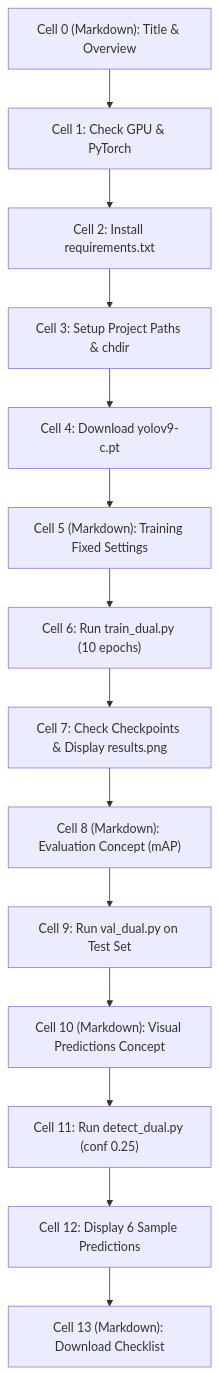
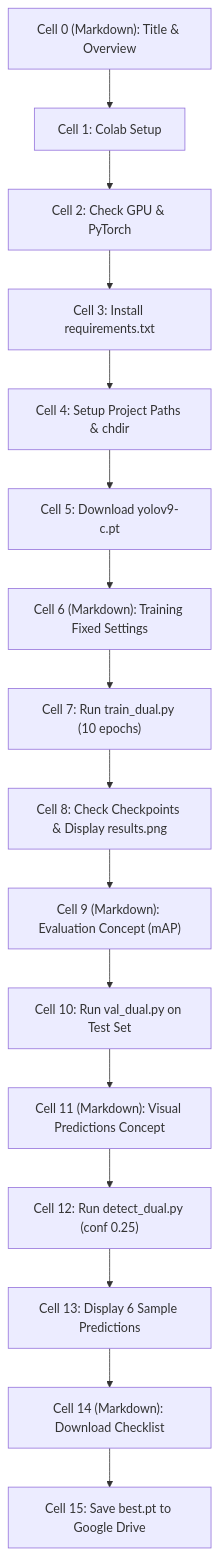
The diagram in docs/02_train_and_evaluate_cells.md (adamaarbouba/RoadWatcher), drawn with Mermaid before and after one commit. The commit also changed other lines of this file and 14 other files, not shown here.

Commit message:
Update project for Colab and Streamlit deployment - Adapt 01 and 02 notebooks for Google Colab - Fix NumPy 2.0 trapz and Pillow 10 getsize compatibility in YOLOv9 - Add export.py with official YOLOv9 export formats - Add Streamlit web application and 03 deployment notebook

````diff
--- a/docs/02_train_and_evaluate_cells.md
+++ b/docs/02_train_and_evaluate_cells.md
@@ -23,16 +24,18 @@
 ```mermaid
 flowchart TD
-    C0["Cell 0 (Markdown): Title & Overview"] --> C1["Cell 1: Check GPU & PyTorch"]
-    C1 --> C2["Cell 2: Install requirements.txt"]
-    C2 --> C3["Cell 3: Setup Project Paths & chdir"]
-    C3 --> C4["Cell 4: Download yolov9-c.pt"]
-    C4 --> C5["Cell 5 (Markdown): Training Fixed Settings"]
-    C5 --> C6["Cell 6: Run train_dual.py (10 epochs)"]
-    C6 --> C7["Cell 7: Check Checkpoints & Display results.png"]
-    C7 --> C8["Cell 8 (Markdown): Evaluation Concept (mAP)"]
-    C8 --> C9["Cell 9: Run val_dual.py on Test Set"]
-    C9 --> C10["Cell 10 (Markdown): Visual Predictions Concept"]
-    C10 --> C11["Cell 11: Run detect_dual.py (conf 0.25)"]
-    C11 --> C12["Cell 12: Display 6 Sample Predictions"]
-    C12 --> C13["Cell 13 (Markdown): Download Checklist"]
+    C0["Cell 0 (Markdown): Title & Overview"] --> C1["Cell 1: Colab Setup"]
+    C1 --> C2["Cell 2: Check GPU & PyTorch"]
+    C2 --> C3["Cell 3: Install requirements.txt"]
+    C3 --> C4["Cell 4: Setup Project Paths & chdir"]
+    C4 --> C5["Cell 5: Download yolov9-c.pt"]
+    C5 --> C6["Cell 6 (Markdown): Training Fixed Settings"]
+    C6 --> C7["Cell 7: Run train_dual.py (10 epochs)"]
+    C7 --> C8["Cell 8: Check Checkpoints & Display results.png"]
+    C8 --> C9["Cell 9 (Markdown): Evaluation Concept (mAP)"]
+    C9 --> C10["Cell 10: Run val_dual.py on Test Set"]
+    C10 --> C11["Cell 11 (Markdown): Visual Predictions Concept"]
+    C11 --> C12["Cell 12: Run detect_dual.py (conf 0.25)"]
+    C12 --> C13["Cell 13: Display 6 Sample Predictions"]
+    C13 --> C14["Cell 14 (Markdown): Download Checklist"]
+    C14 --> C15["Cell 15: Save best.pt to Google Drive"]
 ```
````
